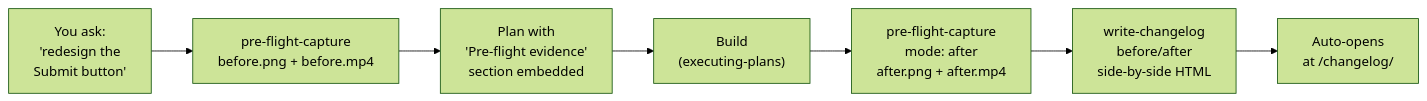
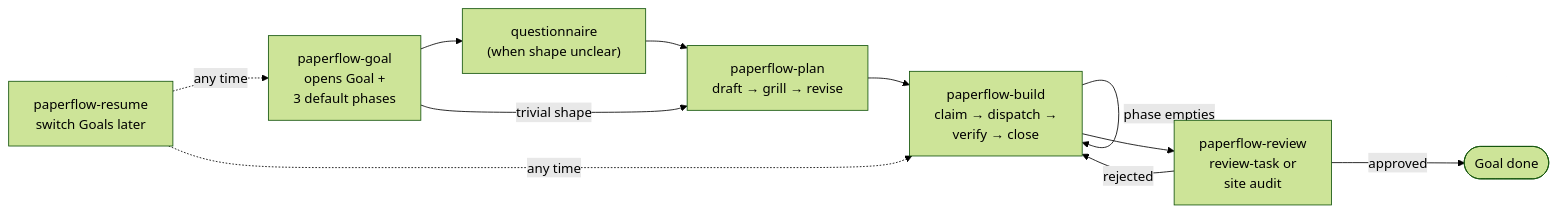
The second of 3 diagrams in README.md (FRIKKern/paperflow), drawn with Mermaid (forest theme) before and after one commit. The commit also changed other lines of this file, not shown here.

````diff
--- a/README.md
+++ b/README.md
@@ -269,12 +132,20 @@
 ```mermaid
 flowchart LR
-    Ask["You ask:<br/>'redesign the<br/>Submit button'"]
-    Pre["pre-flight-capture<br/>before.png + before.mp4"]
-    Plan["Plan with<br/>'Pre-flight evidence'<br/>section embedded"]
-    Build["Build<br/>(executing-plans)"]
-    Post["pre-flight-capture<br/>mode: after<br/>after.png + after.mp4"]
-    Changelog["write-changelog<br/>before/after<br/>side-by-side HTML"]
-    Open["Auto-opens<br/>at /changelog/"]
+    G["paperflow-goal<br/>opens Goal +<br/>3 default phases"]
+    Q["questionnaire<br/>(when shape unclear)"]
+    P["paperflow-plan<br/>draft → grill → revise"]
+    B["paperflow-build<br/>claim → dispatch →<br/>verify → close"]
+    R["paperflow-review<br/>review-task or<br/>site audit"]
+    Re["paperflow-resume<br/>switch Goals later"]
 
-    Ask --> Pre --> Plan --> Build --> Post --> Changelog --> Open
+    G --> Q
+    Q --> P
+    G -->|"trivial shape"| P
+    P --> B
+    B -->|"phase empties"| B
+    B --> R
+    R -->|"approved"| Done(["Goal done"])
+    R -->|"rejected"| B
+    Re -.->|"any time"| G
+    Re -.->|"any time"| B
 ```
````
